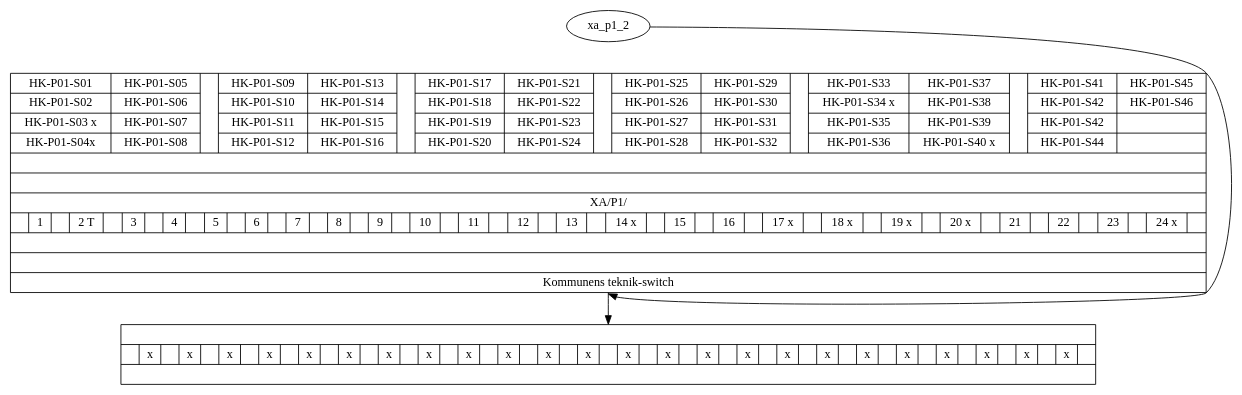
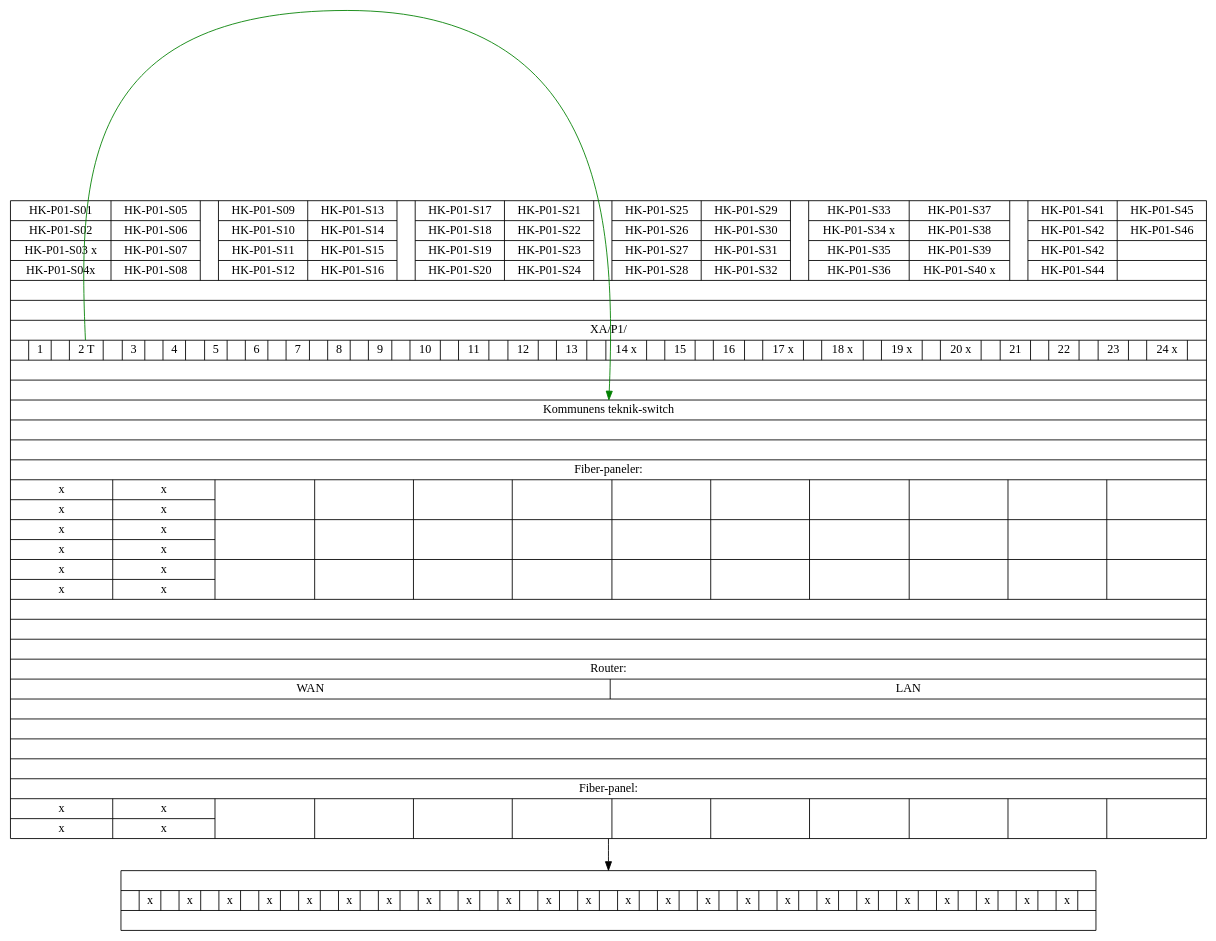
Before and after one commit to alslug/alslug.dk: the diagram in projekter/patch-paneler.dot, drawn with Graphviz.

```diff
--- a/projekter/patch-paneler.dot
+++ b/projekter/patch-paneler.dot
@@ -1,31 +1,47 @@
 digraph xxx {
   bib_patch [ shape=record label="{
   					{
 						{HK-P01-S01|HK-P01-S02|HK-P01-S03 x|HK-P01-S04x}|
 						{HK-P01-S05|HK-P01-S06|HK-P01-S07|HK-P01-S08}||
 						
 						{HK-P01-S09|HK-P01-S10|HK-P01-S11|HK-P01-S12}|
 						{HK-P01-S13|HK-P01-S14|HK-P01-S15|HK-P01-S16}||
 						
 						{HK-P01-S17|HK-P01-S18|HK-P01-S19|HK-P01-S20}|
 						{HK-P01-S21|HK-P01-S22|HK-P01-S23|HK-P01-S24}||
 						
 						{HK-P01-S25|HK-P01-S26|HK-P01-S27|HK-P01-S28}|
 						{HK-P01-S29|HK-P01-S30|HK-P01-S31|HK-P01-S32}||
 						
 						{HK-P01-S33|HK-P01-S34 x|HK-P01-S35|HK-P01-S36}|
 						{HK-P01-S37|HK-P01-S38|HK-P01-S39|HK-P01-S40 x}||
 						
 						{HK-P01-S41|HK-P01-S42|HK-P01-S42|HK-P01-S44}|
 						{HK-P01-S45|HK-P01-S46||}
 					}
 					|||XA/P1/|
 					{|1||<xa_p1_2> 2 T||3||4||5||6||7||8||9||10||11||12||13||14 x||15||16||17 x||18 x||19 x||20 x||21||22||23||24 x|}
-					|||<kom_switch>Kommunens teknik-switch
+					|||
+					<kom_switch>Kommunens teknik-switch
+					|||
+					Fiber-paneler:
+					|
+					{{x|x}|{x|x}||||||||||}
+					|
+					{{x|x}|{x|x}||||||||||}
+					|
+					{{x|x}|{x|x}||||||||||}
+					||||
+					Router:|
+					{WAN|LAN}|
+					{}
+					||||
+					Fiber-panel:|
+					{{x|x}|{x|x}||||||||||}
 				   }" ];
   alslug_patch [ shape=record label="{
 					|{ |x| |x| |x| |x| |x| |x| |x| |x| |x| |x| |x| |x| |x| |x| |x| |x| |x| |x| |x| |x| |x| |x| |x| |x| }|
                                       }" ];
   bib_patch -> alslug_patch;
-  xa_p1_2 -> bib_patch:kom_switch;
+  bib_patch:xa_p1_2 -> bib_patch:kom_switch [ color=green ];
 }
```
